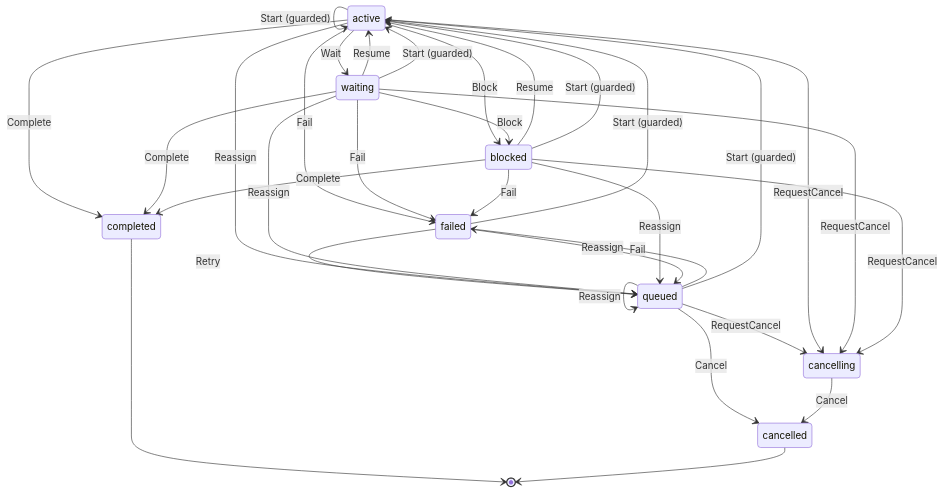
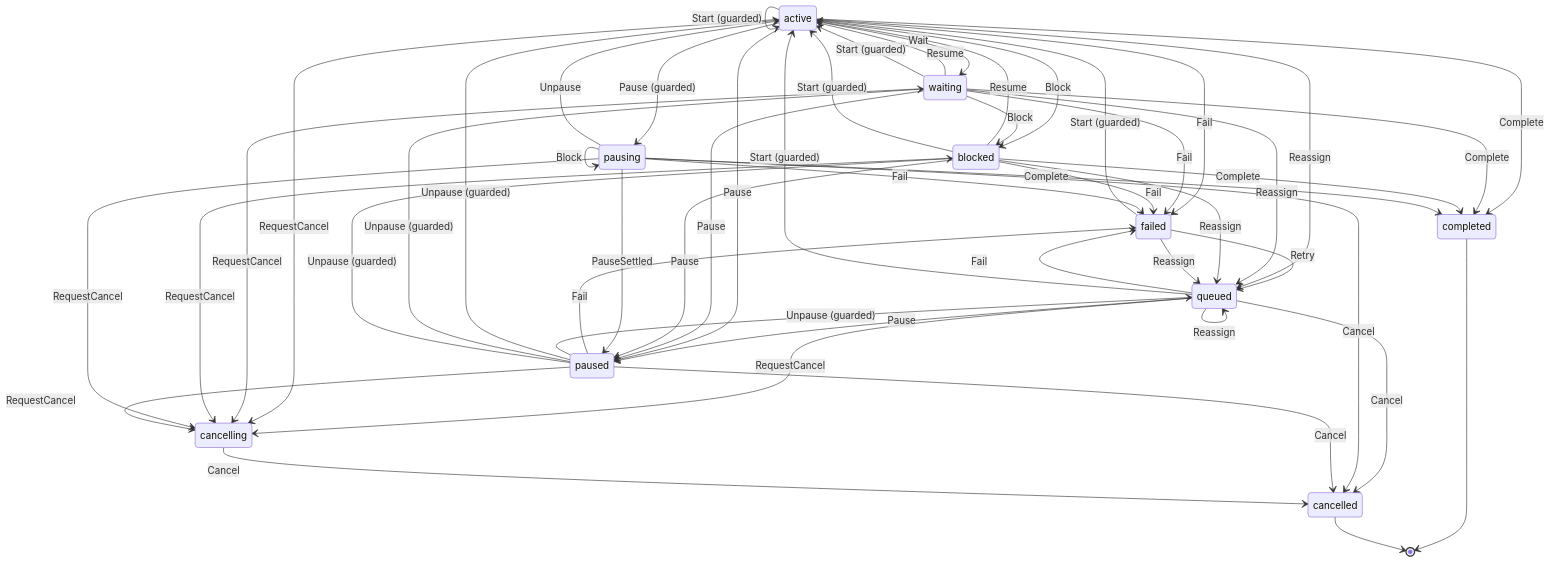
The diagram in docs/architecture/machines/task.md (otaviobarros/hobbots), drawn with Mermaid before and after one commit. The commit also changed other lines of this file and 84 other files, not shown here.

````diff
--- a/docs/architecture/machines/task.md
+++ b/docs/architecture/machines/task.md
@@ -18,34 +20,54 @@
 ```mermaid
 stateDiagram-v2
   active --> waiting: Wait
+  pausing --> pausing: Wait
   active --> blocked: Block
   waiting --> blocked: Block
+  pausing --> pausing: Block
   waiting --> active: Resume
   blocked --> active: Resume
   queued --> failed: Fail
   active --> failed: Fail
   waiting --> failed: Fail
   blocked --> failed: Fail
+  pausing --> failed: Fail
+  paused --> failed: Fail
   queued --> cancelling: RequestCancel
   active --> cancelling: RequestCancel
   waiting --> cancelling: RequestCancel
   blocked --> cancelling: RequestCancel
+  pausing --> cancelling: RequestCancel
+  paused --> cancelling: RequestCancel
   queued --> cancelled: Cancel
+  pausing --> cancelled: Cancel
+  paused --> cancelled: Cancel
   cancelling --> cancelled: Cancel
   queued --> active: Start (guarded)
   active --> active: Start (guarded)
   waiting --> active: Start (guarded)
   blocked --> active: Start (guarded)
   failed --> active: Start (guarded)
   failed --> queued: Retry
   queued --> queued: Reassign
   active --> queued: Reassign
   waiting --> queued: Reassign
   blocked --> queued: Reassign
   failed --> queued: Reassign
   active --> completed: Complete
   waiting --> completed: Complete
   blocked --> completed: Complete
+  pausing --> completed: Complete
+  active --> pausing: Pause (guarded)
+  queued --> paused: Pause
+  active --> paused: Pause
+  waiting --> paused: Pause
+  blocked --> paused: Pause
+  pausing --> paused: PauseSettled
+  paused --> queued: Unpause (guarded)
+  paused --> active: Unpause (guarded)
+  paused --> waiting: Unpause (guarded)
+  paused --> blocked: Unpause (guarded)
+  pausing --> active: Unpause
   completed --> [*]
   cancelled --> [*]
 ```
````
